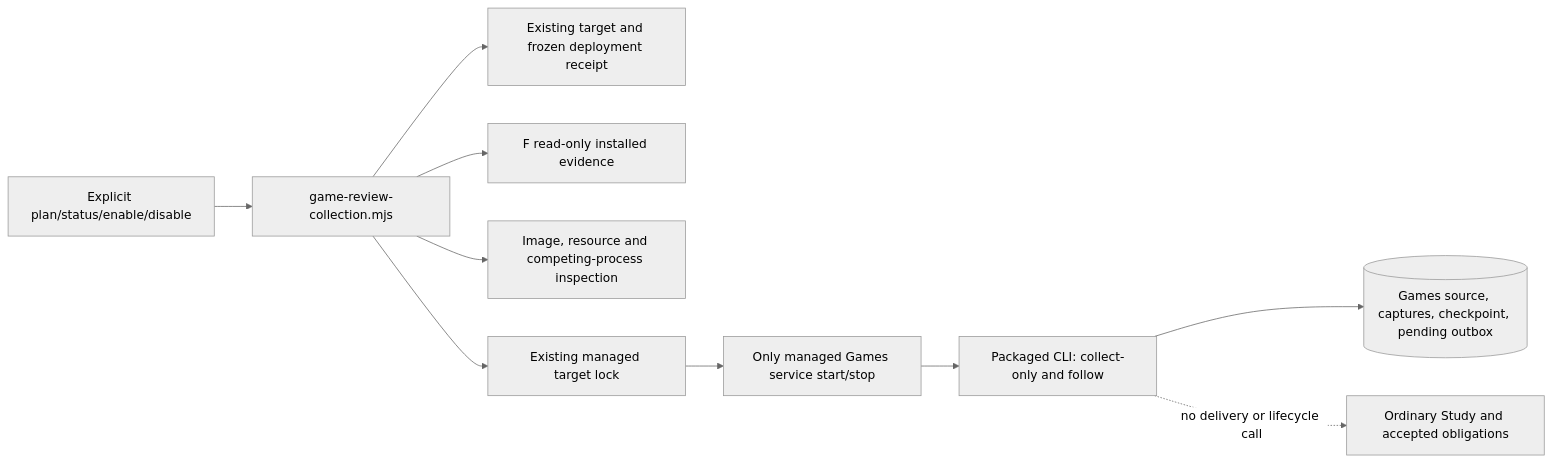
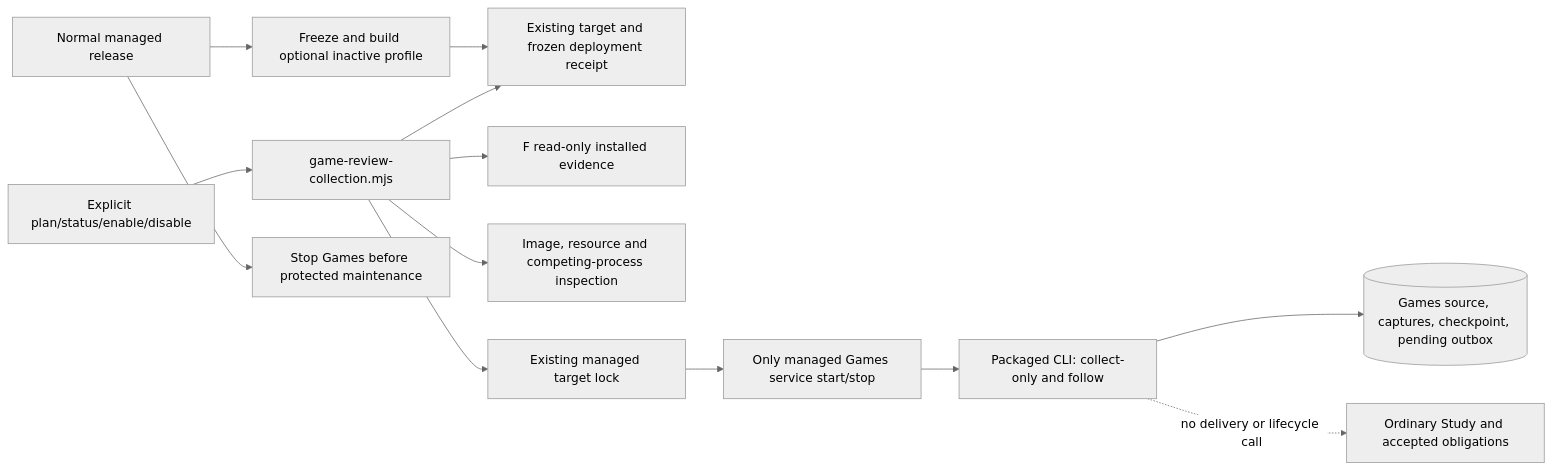
Before and after one commit to aaweaver-actuary/tempo: the third of 3 diagrams in scripts/README.md, drawn with Mermaid (neutral theme). The commit also changed other lines of this file and 10 other files, not shown here.

Commit message:
Freeze inactive Games profile and retain packaged collection acceptance proof

````diff
--- a/scripts/README.md
+++ b/scripts/README.md
@@ -285,13 +292,16 @@
 ```mermaid
 flowchart LR
     Operator[Explicit plan/status/enable/disable] --> Wrapper[game-review-collection.mjs]
     Wrapper --> Registration[Existing target and frozen deployment receipt]
+    ManagedRelease[Normal managed release] --> FrozenProfile[Freeze and build optional inactive profile]
+    ManagedRelease --> Maintenance[Stop Games before protected maintenance]
+    FrozenProfile --> Registration
     Wrapper --> Reader[F read-only installed evidence]
     Wrapper --> Inventory[Image, resource and competing-process inspection]
     Wrapper --> Lock[Existing managed target lock]
     Lock --> Compose[Only managed Games service start/stop]
     Compose --> Collector[Packaged CLI: collect-only and follow]
     Collector --> Games[(Games source, captures, checkpoint, pending outbox)]
     Study[Ordinary Study and accepted obligations]
     Collector -. no delivery or lifecycle call .-> Study
 ```
````
